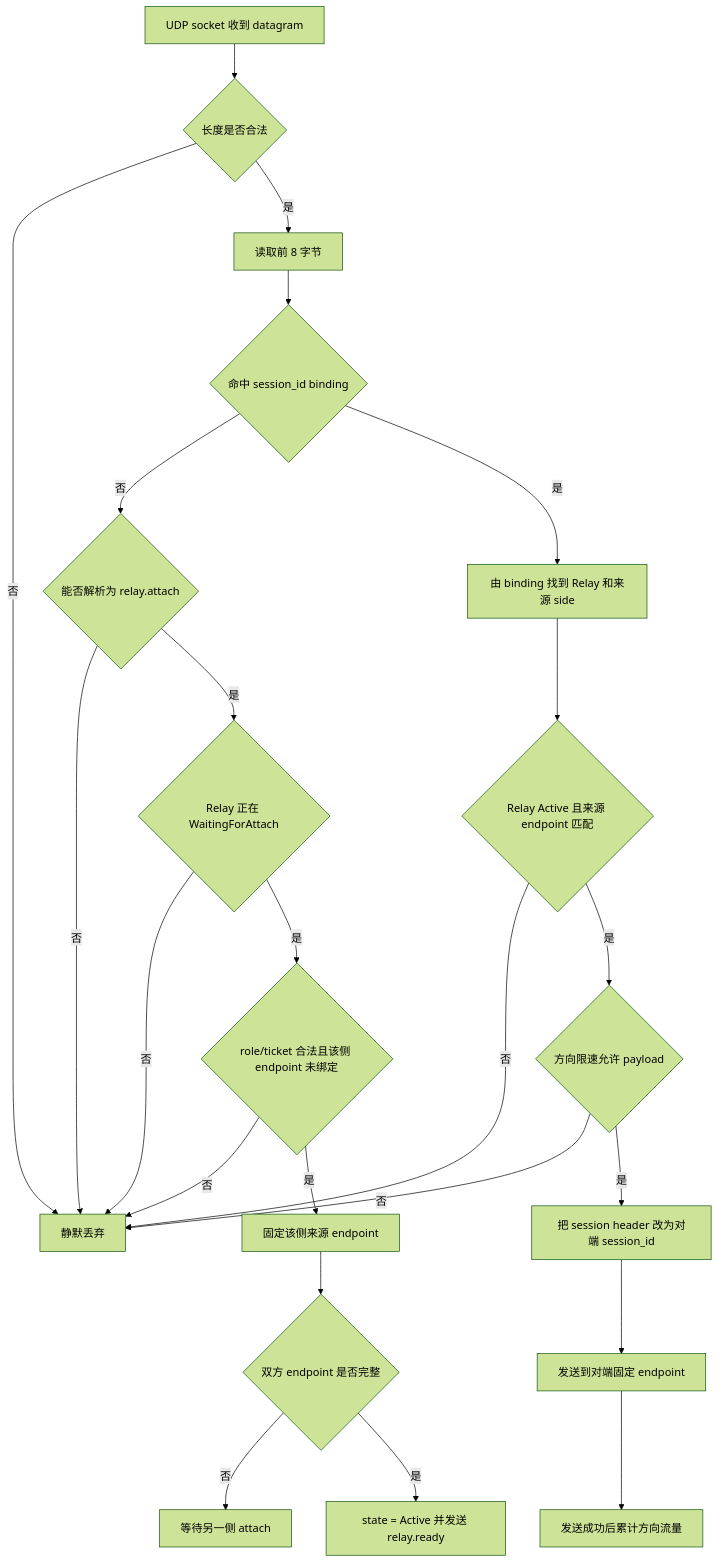
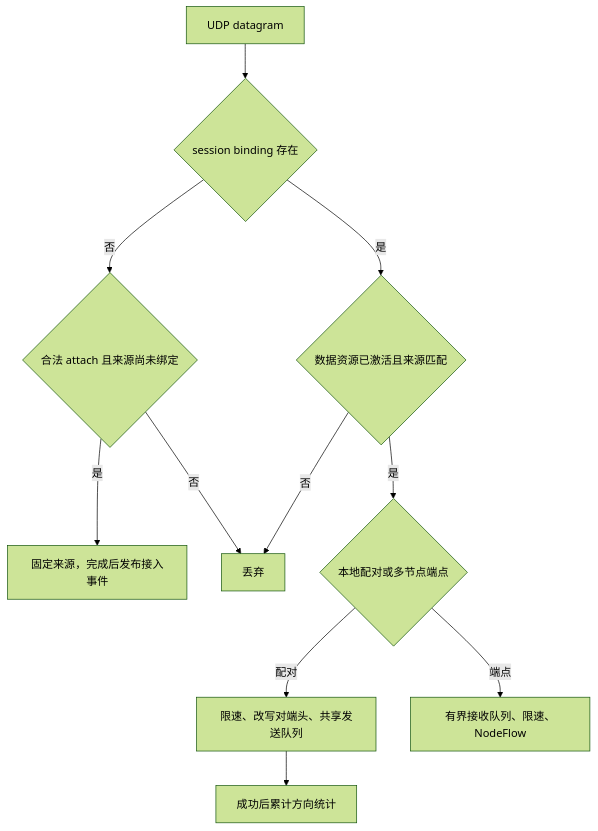
One commit to Xtinc/relayweave changed the tenth of 12 diagrams in docs/RelayWeave设计.md. Above: the diagram before and after it, drawn with Mermaid (forest theme). The commit also changed other lines of this file and 54 other files, not shown here.

````diff
--- a/docs/RelayWeave设计.md
+++ b/docs/RelayWeave设计.md
@@ -1463,26 +1280,13 @@
 ```mermaid
 flowchart TD
-    A[UDP socket 收到 datagram] --> B{长度是否合法}
-    B -- 否 --> X[静默丢弃]
-    B -- 是 --> C[读取前 8 字节]
-    C --> D{命中 session_id binding}
-    D -- 否 --> E{能否解析为 relay.attach}
-    E -- 否 --> X
-    E -- 是 --> F{Relay 正在 WaitingForAttach}
-    F -- 否 --> X
-    F -- 是 --> G{role/ticket 合法且该侧 endpoint 未绑定}
-    G -- 否 --> X
-    G -- 是 --> H[固定该侧来源 endpoint]
-    H --> I{双方 endpoint 是否完整}
-    I -- 否 --> Y[等待另一侧 attach]
-    I -- 是 --> J[state = Active 并发送 relay.ready]
-
-    D -- 是 --> K[由 binding 找到 Relay 和来源 side]
-    K --> L{Relay Active 且来源 endpoint 匹配}
-    L -- 否 --> X
-    L -- 是 --> M{方向限速允许 payload}
-    M -- 否 --> X
-    M -- 是 --> N[把 session header 改为对端 session_id]
-    N --> O[发送到对端固定 endpoint]
-    O --> P[发送成功后累计方向流量]
+    A[UDP datagram] --> B{session binding 存在}
+    B -->|否| C{合法 attach 且来源尚未绑定}
+    C -->|是| D[固定来源，完成后发布接入事件]
+    C -->|否| X[丢弃]
+    B -->|是| E{数据资源已激活且来源匹配}
+    E -->|否| X
+    E -->|是| F{本地配对或多节点端点}
+    F -->|配对| G[限速、改写对端头、共享发送队列]
+    F -->|端点| H[有界接收队列、限速、NodeFlow]
+    G --> I[成功后累计方向统计]
 ```
````
